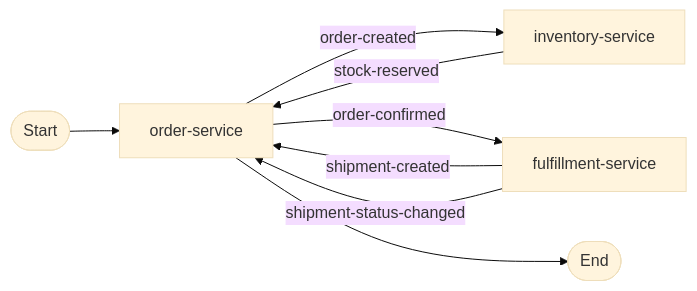
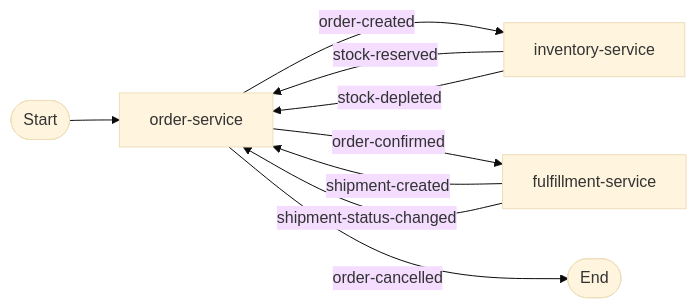
Before and after one commit to filozofira/spas: the diagram in examples/domains/order-fulfillment/README.md, drawn with Mermaid (base theme). The commit also changed 187 other files, not shown here.

First line of the commit message:
Examples/advanced flows (#68)

````diff
--- a/examples/domains/order-fulfillment/README.md
+++ b/examples/domains/order-fulfillment/README.md
@@ -3,10 +3,11 @@
 ```mermaid
 flowchart LR
     Start([Start]) --> OS[order-service]
     OS -->|order-created| IS[inventory-service]
     IS -->|stock-reserved| OS
+    IS -->|stock-depleted| OS
     OS -->|order-confirmed| FS[fulfillment-service]
     FS -->|shipment-created| OS
     FS -->|shipment-status-changed| OS
-    OS --> End([End])
+    OS -->|order-cancelled| End([End])
 ```
````
